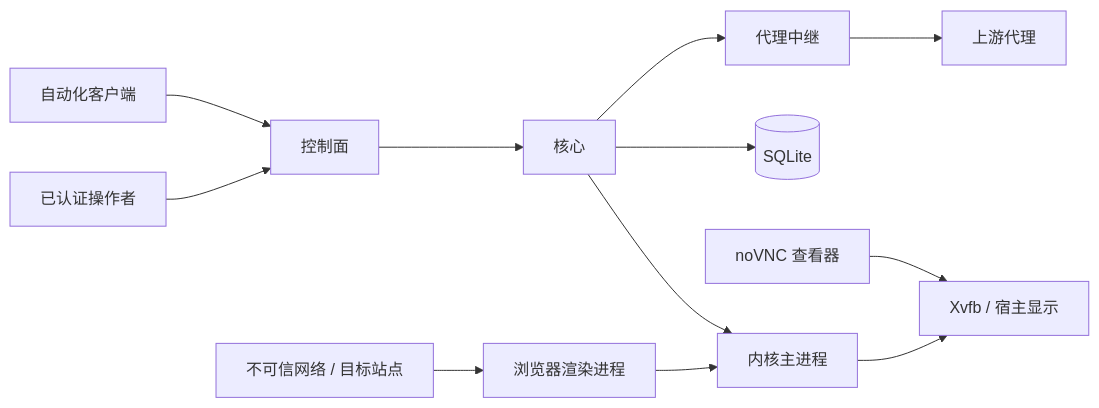
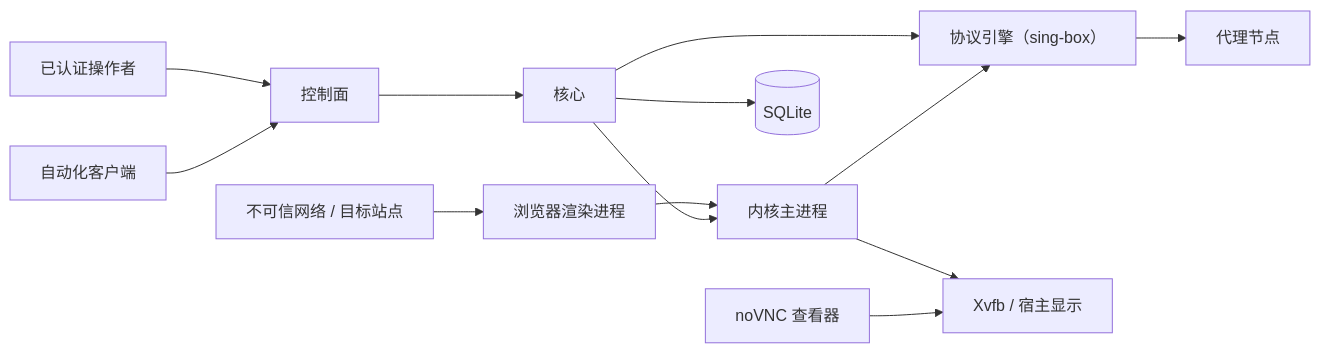
Before and after one commit to IvanLi-CN/mien: the diagram in docs/SECURITY.md, drawn with Mermaid. The commit also changed other lines of this file and 25 other files, not shown here.

````diff
--- a/docs/SECURITY.md
+++ b/docs/SECURITY.md
@@ -29,14 +30,15 @@
 ```mermaid
 flowchart LR
   Internet["不可信网络 / 目标站点"] --> Browser["浏览器渲染进程"]
   Browser --> Kernel["内核主进程"]
   User["已认证操作者"] --> API["控制面"]
   Automation["自动化客户端"] --> API
   API --> Core["核心"]
   Core --> DB[("SQLite")]
-  Core --> Relay["代理中继"]
-  Relay --> Upstream["上游代理"]
+  Core --> Proxy["协议引擎（sing-box）"]
+  Proxy --> Upstream["代理节点"]
   Core --> Kernel
+  Kernel --> Proxy
   Kernel --> Display["Xvfb / 宿主显示"]
   Viewer["noVNC 查看器"] --> Display
 ```
````
